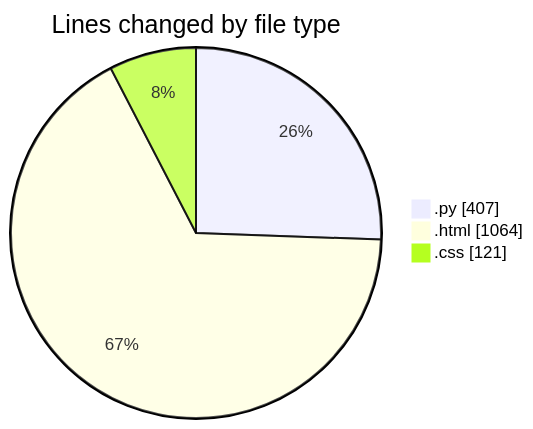
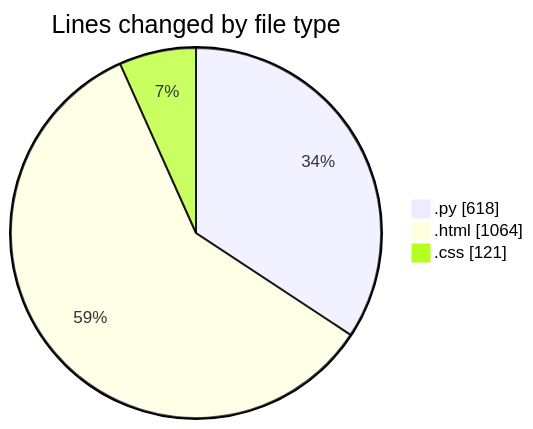
The first of 2 diagrams in 2025-01-31/flask/README.md (Elitesun/code-tracking), drawn with Mermaid before and after one commit. The commit also changed other lines of this file and 1 other file, not shown here.

````diff
--- a/2025-01-31/flask/README.md
+++ b/2025-01-31/flask/README.md
@@ -25,7 +25,7 @@
 ```mermaid
 pie showData
 title Lines changed by file type
-".py" : 407
+".py" : 618
 ".html" : 1064
 ".css" : 121
 ```
````
